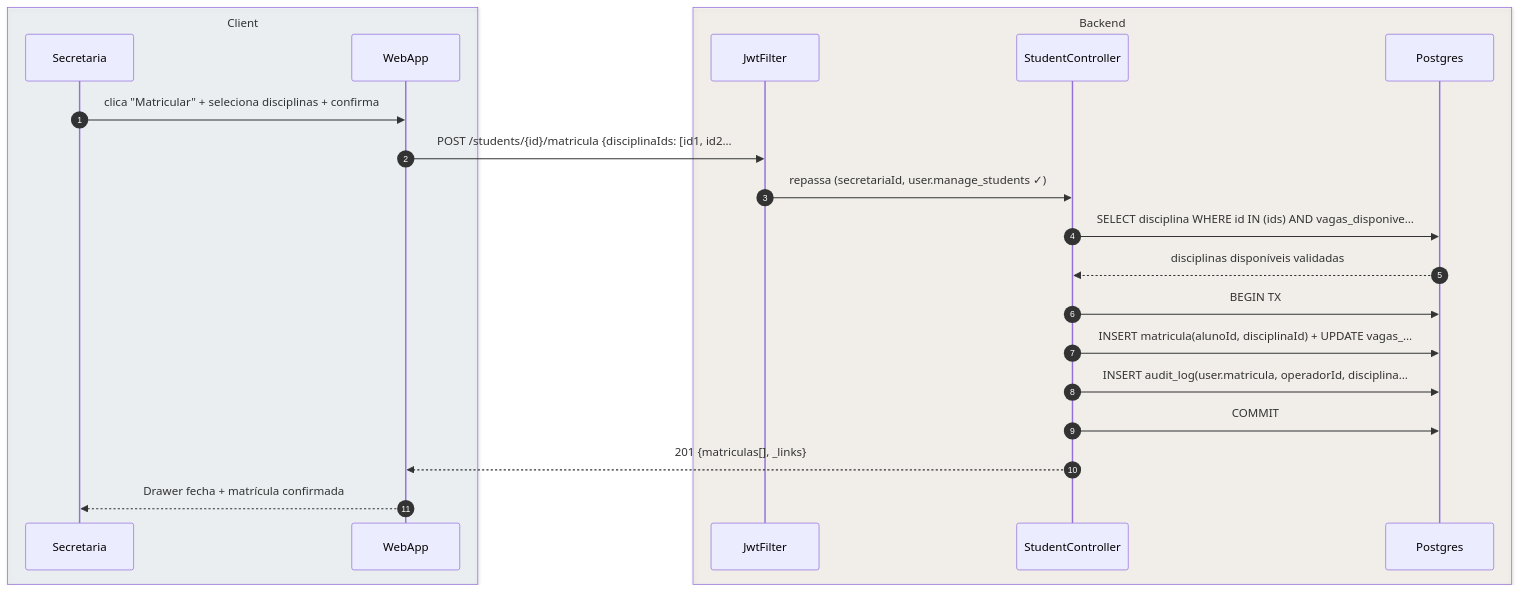
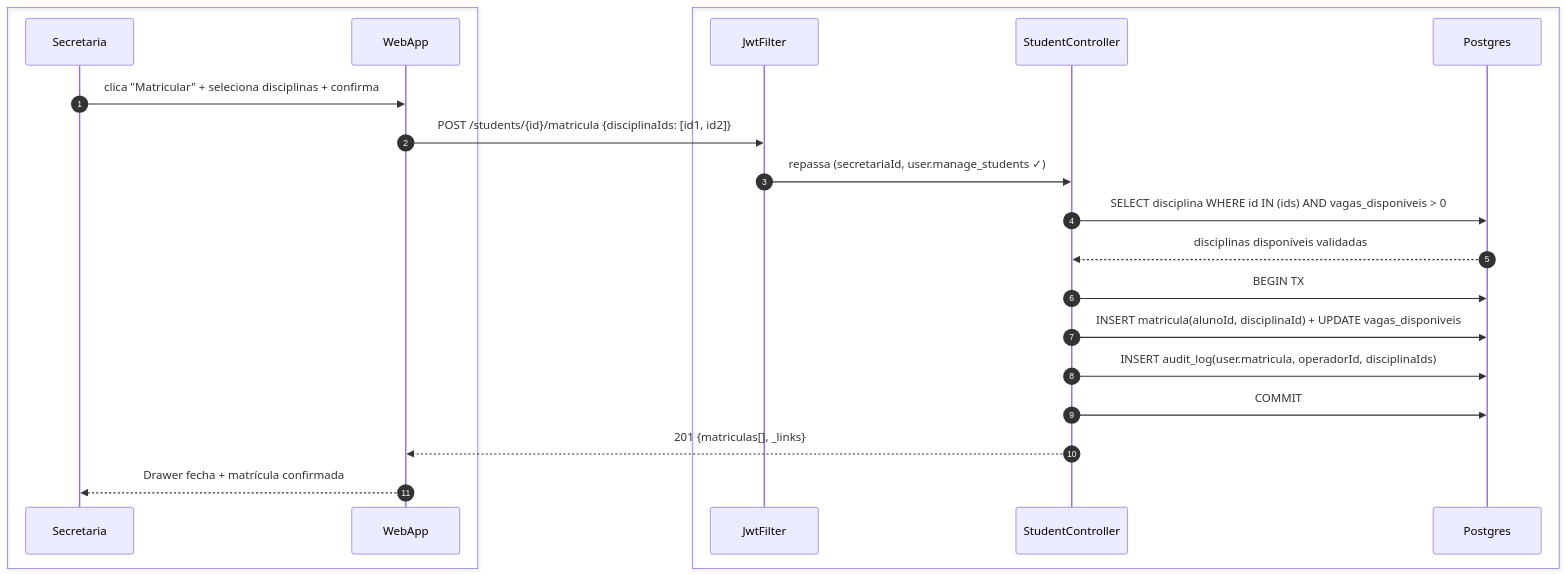
The fifth of 8 diagrams in foundationDocs/sequenceDiagrams/F5 — Secretaria/US-F5-003-GESTAO-ALUNOS.md (umishell/secretariaOnline2), drawn with Mermaid before and after one commit. The commit also changed other lines of this file and 70 other files, not shown here.

First line of the commit message:
Enhance database documentation and introduce new schema files

````diff
--- a/foundationDocs/sequenceDiagrams/F5 — Secretaria/US-F5-003-GESTAO-ALUNOS.md
+++ b/foundationDocs/sequenceDiagrams/F5 — Secretaria/US-F5-003-GESTAO-ALUNOS.md
@@ -217,25 +217,25 @@
 ```mermaid
 sequenceDiagram
     autonumber
-    box rgba(230,245,255,0.3) Client
+    box #e8f4fc Cliente
         participant Secretaria
         participant WebApp
     end
-    box rgba(255,245,230,0.3) Backend
+    box #fff8ee Servidor
         participant JwtFilter
         participant StudentController
         participant Postgres
     end
 
     Secretaria->>WebApp: clica "Matricular" + seleciona disciplinas + confirma
-    WebApp->>JwtFilter: POST /students/{id}/matricula {disciplinaIds: [id1, id2…
+    WebApp->>JwtFilter: POST /students/{id}/matricula {disciplinaIds: [id1, id2]}
     JwtFilter->>StudentController: repassa (secretariaId, user.manage_students ✓)
-    StudentController->>Postgres: SELECT disciplina WHERE id IN (ids) AND vagas_disponive…
+    StudentController->>Postgres: SELECT disciplina WHERE id IN (ids) AND vagas_disponiveis > 0
     Postgres-->>StudentController: disciplinas disponíveis validadas
     StudentController->>Postgres: BEGIN TX
-    StudentController->>Postgres: INSERT matricula(alunoId, disciplinaId) + UPDATE vagas_…
-    StudentController->>Postgres: INSERT audit_log(user.matricula, operadorId, disciplina…
+    StudentController->>Postgres: INSERT matricula(alunoId, disciplinaId) + UPDATE vagas_disponiveis
+    StudentController->>Postgres: INSERT audit_log(user.matricula, operadorId, disciplinaIds)
     StudentController->>Postgres: COMMIT
     StudentController-->>WebApp: 201 {matriculas[], _links}
     WebApp-->>Secretaria: Drawer fecha + matrícula confirmada
 ```
````
